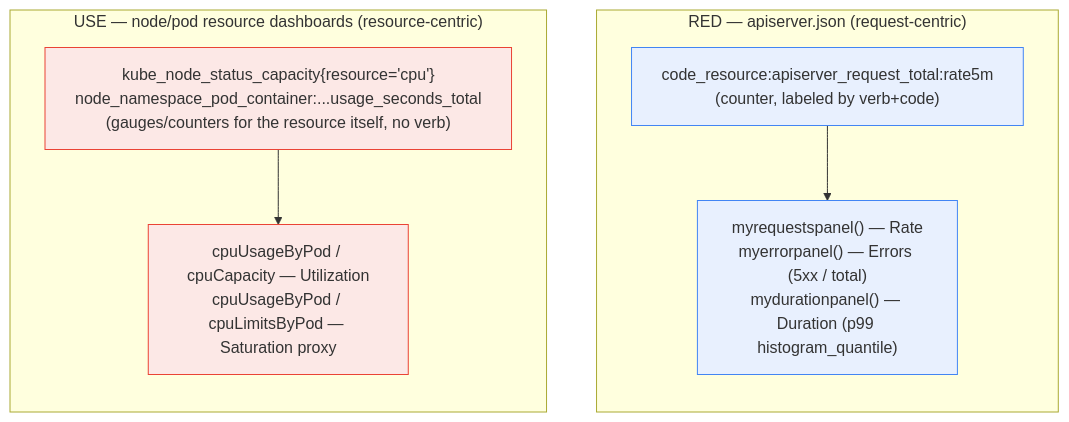
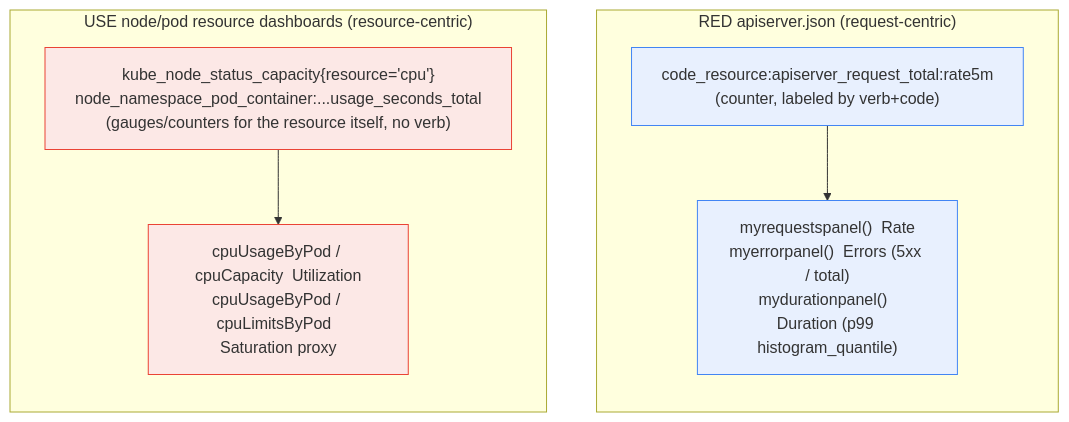
The diagram in _posts/2026-06-15-dashboards-red-use-methods-panel-shapes.md (mayurjp/dev-blog), drawn with Mermaid before and after one commit. The commit also changed other lines of this file and 383 other files, not shown here.

````diff
--- a/_posts/2026-06-15-dashboards-red-use-methods-panel-shapes.md
+++ b/_posts/2026-06-15-dashboards-red-use-methods-panel-shapes.md
@@ -29,21 +31,21 @@
 ```mermaid
 flowchart TD
-    subgraph RED["RED — apiserver.json (request-centric)"]
+    subgraph RED["RED  apiserver.json (request-centric)"]
         direction TB
         R1["code_resource:apiserver_request_total:rate5m<br/>(counter, labeled by verb+code)"]
-        R2["myrequestspanel() — Rate<br/>myerrorpanel() — Errors (5xx / total)<br/>mydurationpanel() — Duration (p99 histogram_quantile)"]
+        R2["myrequestspanel()  Rate<br/>myerrorpanel()  Errors (5xx / total)<br/>mydurationpanel()  Duration (p99 histogram_quantile)"]
         R1 --> R2
     end
 
-    subgraph USE["USE — node/pod resource dashboards (resource-centric)"]
+    subgraph USE["USE  node/pod resource dashboards (resource-centric)"]
         direction TB
         U1["kube_node_status_capacity{resource='cpu'}<br/>node_namespace_pod_container:...usage_seconds_total<br/>(gauges/counters for the resource itself, no verb)"]
-        U2["cpuUsageByPod / cpuCapacity — Utilization<br/>cpuUsageByPod / cpuLimitsByPod — Saturation proxy"]
+        U2["cpuUsageByPod / cpuCapacity  Utilization<br/>cpuUsageByPod / cpuLimitsByPod  Saturation proxy"]
         U1 --> U2
     end
 
     classDef req fill:#e8f0fe,stroke:#4285f4;
     classDef res fill:#fce8e6,stroke:#ea4335;
     class R1,R2 req
     class U1,U2 res
 ```
````
